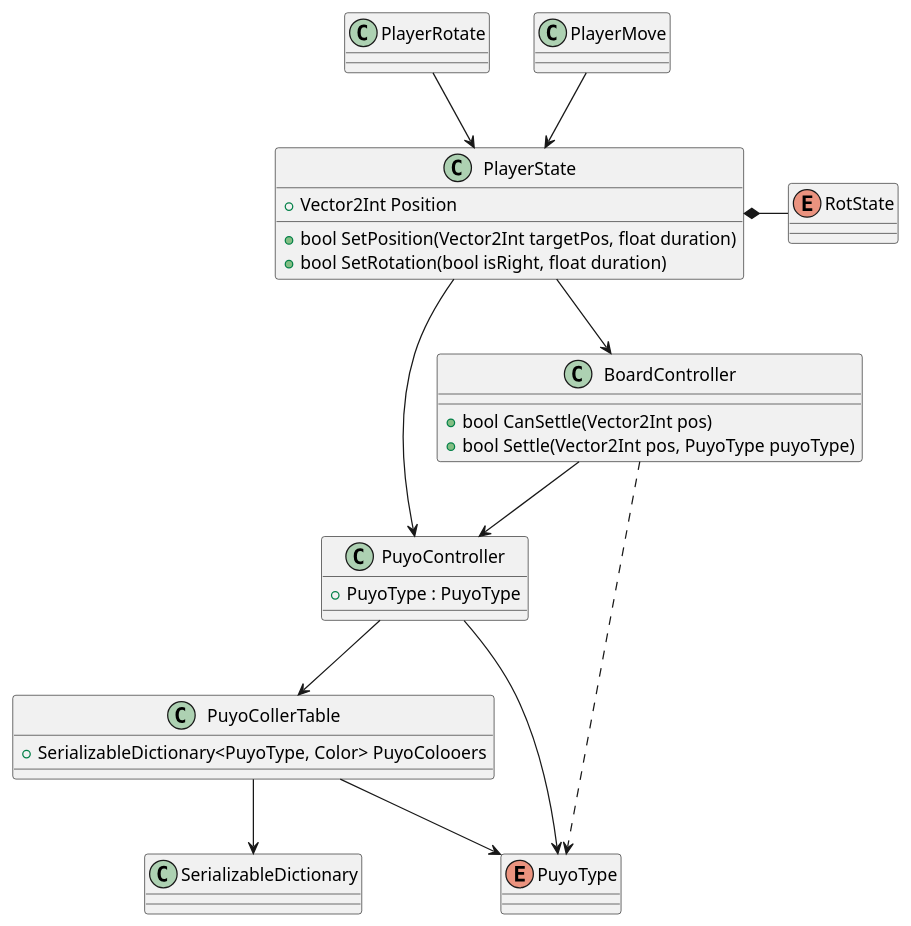
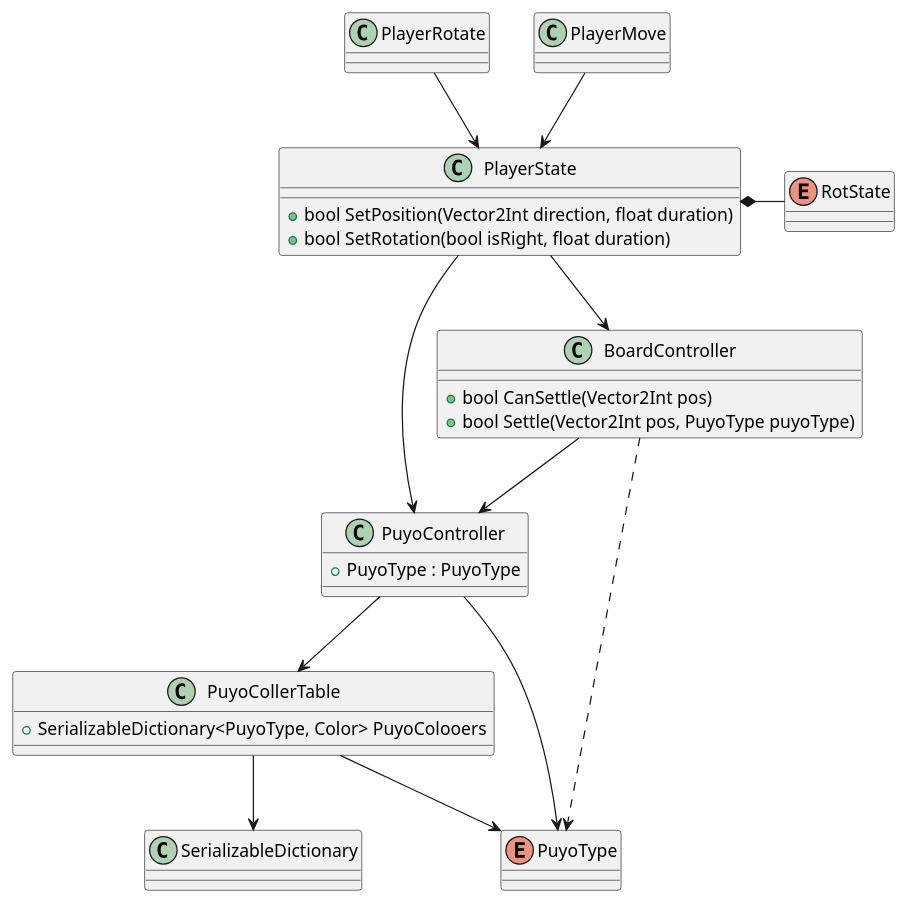
Before and after one commit to snnn30/UniteBlocks: the diagram in puyopuyo.pu, drawn with PlantUML. The commit also changed 2 other files, not shown here.

Commit message:
SetPosition機能制限

```diff
--- a/puyopuyo.pu
+++ b/puyopuyo.pu
@@ -1,38 +1,37 @@
 @startuml hoge
 class BoardController{
     +bool CanSettle(Vector2Int pos) 
     +bool Settle(Vector2Int pos, PuyoType puyoType)
 }
 class PuyoController{
     +PuyoType : PuyoType
 }
 class PuyoCollerTable{
     +SerializableDictionary<PuyoType, Color> PuyoColooers
 }
 class SerializableDictionary
 enum PuyoType
 
 class PlayerRotate
 class PlayerMove
 class PlayerState{
-    +Vector2Int Position
-    +bool SetPosition(Vector2Int targetPos, float duration)
+    +bool SetPosition(Vector2Int direction, float duration)
     +bool SetRotation(bool isRight, float duration)
 }
 enum RotState
 
 BoardController --> PuyoController
 BoardController ..> PuyoType
 PuyoController --> PuyoCollerTable
 PuyoController --> PuyoType
 PuyoCollerTable --> SerializableDictionary
 PuyoCollerTable --> PuyoType
 
 PlayerRotate --> PlayerState
 PlayerMove --> PlayerState
 PlayerState --> PuyoController
 PlayerState --> BoardController
 PlayerState *- RotState
 
 
 @enduml
```
